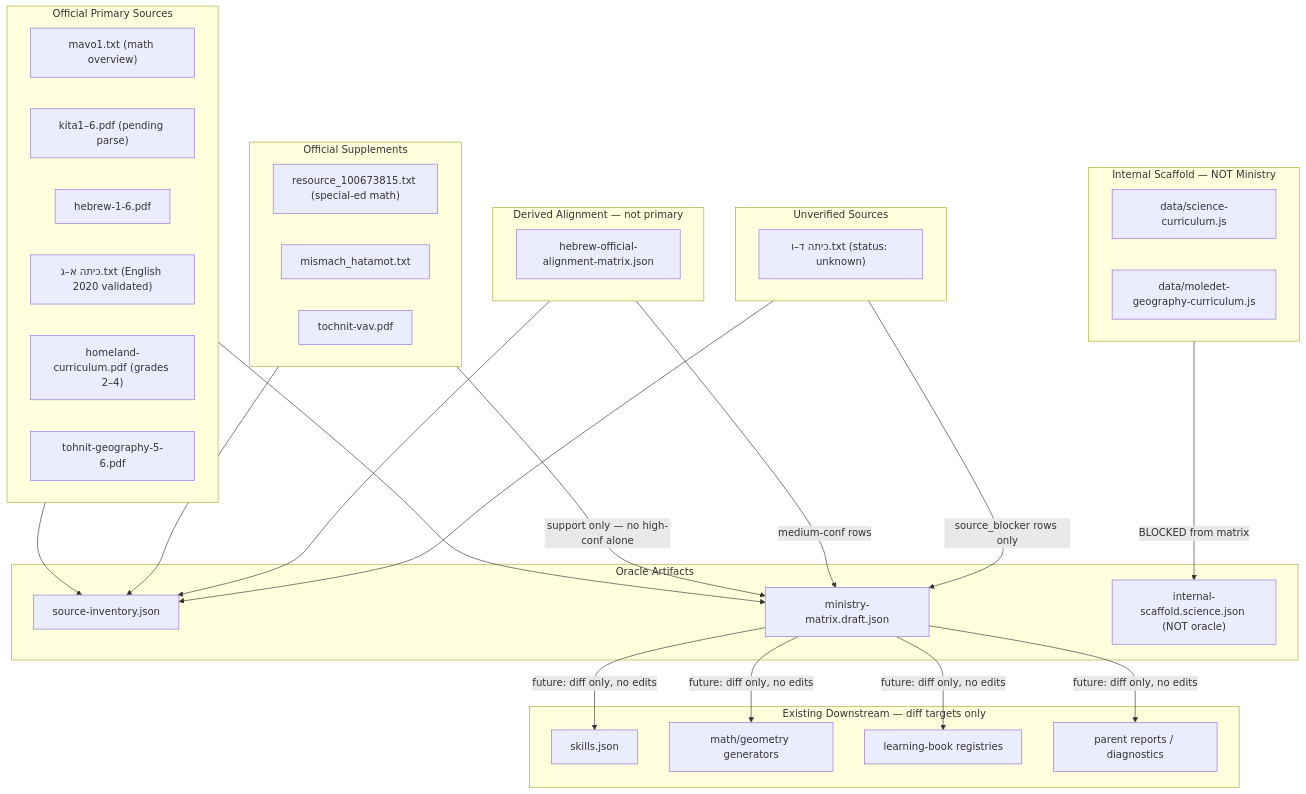
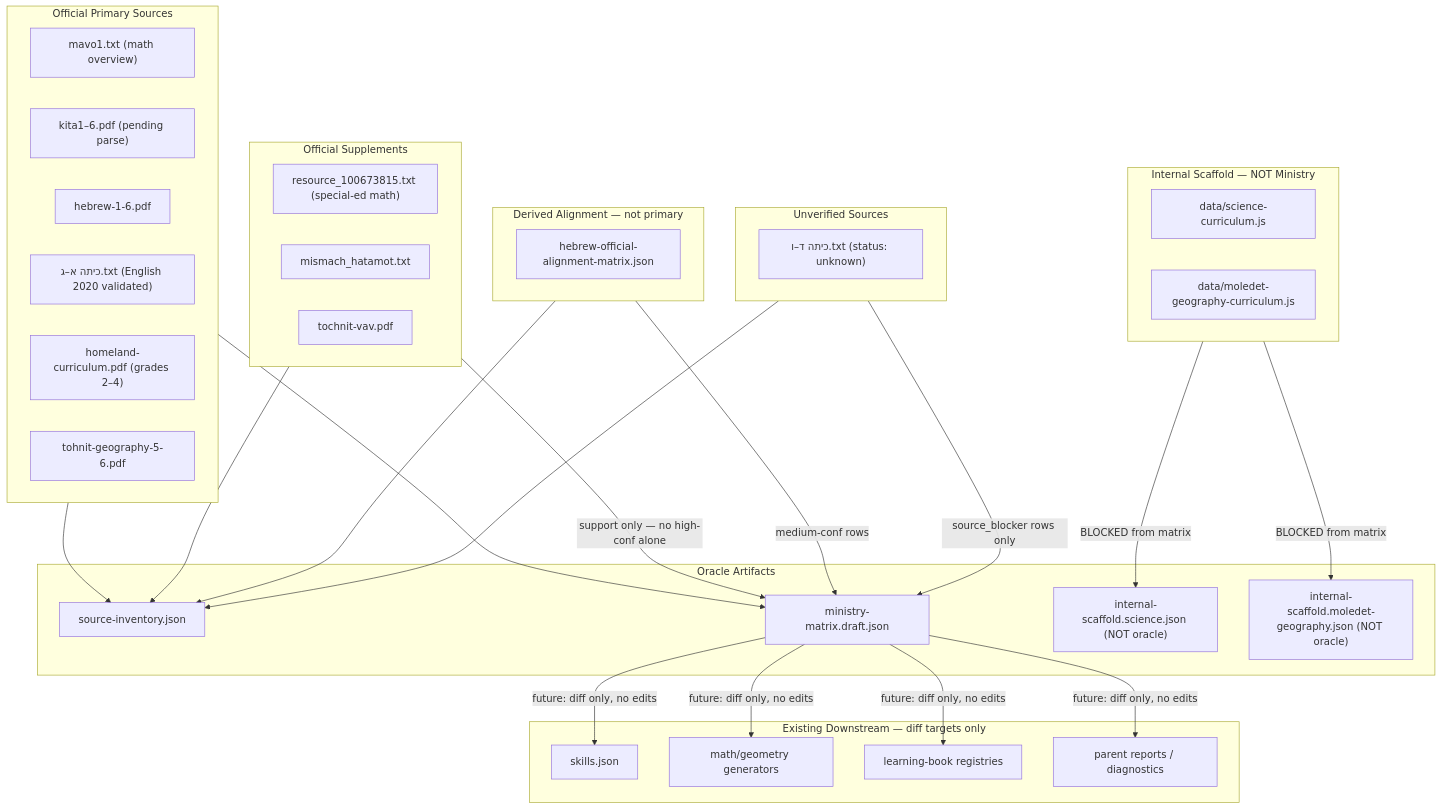
Before and after one commit to LEOKID2026/LIOSH-WEBSITE: the diagram in .cursor/plans/ministry_oracle_build_plan_63c007bf.plan.md, drawn with Mermaid. The commit also changed other lines of this file and 23 other files, not shown here.

````diff
--- a/.cursor/plans/ministry_oracle_build_plan_63c007bf.plan.md
+++ b/.cursor/plans/ministry_oracle_build_plan_63c007bf.plan.md
@@ -61,59 +64,61 @@
 ```mermaid
 flowchart TD
     subgraph official_primary [Official Primary Sources]
         MAVO["mavo1.txt (math overview)"]
         KITA["kita1–6.pdf (pending parse)"]
         HEB["hebrew-1-6.pdf"]
         ENG13["כיתה א–ג.txt (English 2020 validated)"]
         HOMELAND["homeland-curriculum.pdf (grades 2–4)"]
         GEO56["tohnit-geography-5-6.pdf"]
     end
 
     subgraph official_supplement [Official Supplements]
         RESOURCE["resource_100673815.txt (special-ed math)"]
         MISMACH["mismach_hatamot.txt"]
         VAV["tochnit-vav.pdf"]
     end
 
     subgraph derived_alignment [Derived Alignment — not primary]
         HEB_MATRIX["hebrew-official-alignment-matrix.json"]
     end
 
     subgraph unverified [Unverified Sources]
         ENG46["כיתה ד–ו.txt (status: unknown)"]
     end
 
     subgraph internal_scaffold [Internal Scaffold — NOT Ministry]
         SCI_JS["data/science-curriculum.js"]
         MOL_JS["data/moledet-geography-curriculum.js"]
     end
 
     subgraph oracle_outputs [Oracle Artifacts]
         Inventory["source-inventory.json"]
         Matrix["ministry-matrix.draft.json"]
         SciScaffold["internal-scaffold.science.json (NOT oracle)"]
+        MolScaffold["internal-scaffold.moledet-geography.json (NOT oracle)"]
     end
 
     subgraph existing_derived [Existing Downstream — diff targets only]
         Spine["skills.json"]
         Generators["math/geometry generators"]
         Books["learning-book registries"]
         Reports["parent reports / diagnostics"]
     end
 
     official_primary --> Inventory
     official_supplement --> Inventory
     derived_alignment --> Inventory
     unverified --> Inventory
 
     official_primary --> Matrix
     official_supplement -->|"support only — no high-conf alone"| Matrix
     derived_alignment -->|"medium-conf rows"| Matrix
     unverified -->|"source_blocker rows only"| Matrix
     internal_scaffold -->|"BLOCKED from matrix"| SciScaffold
+    internal_scaffold -->|"BLOCKED from matrix"| MolScaffold
 
     Matrix -->|"future: diff only, no edits"| Spine
     Matrix -->|"future: diff only, no edits"| Generators
     Matrix -->|"future: diff only, no edits"| Books
     Matrix -->|"future: diff only, no edits"| Reports
 ```
````
